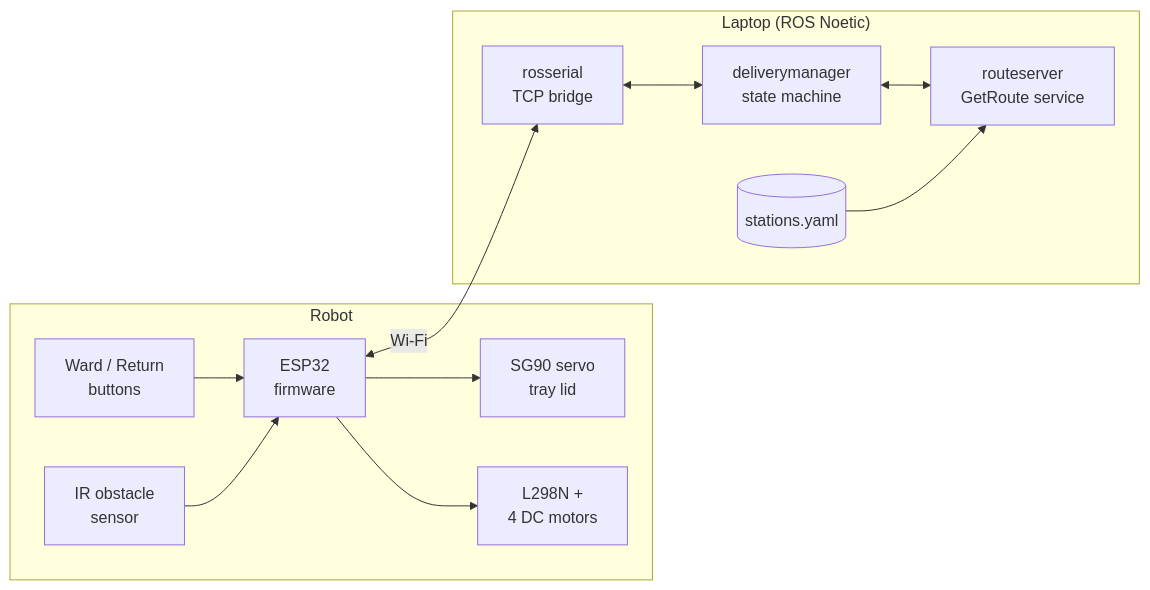
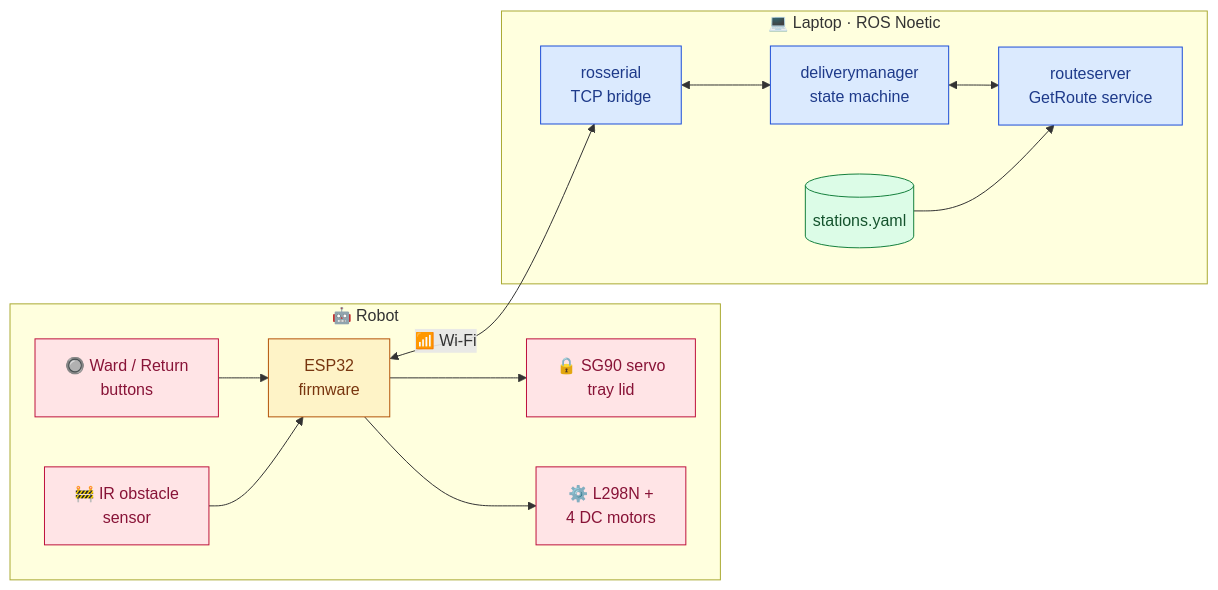
The second of 2 diagrams in README.md (Hafsa-Anwar65/MediGuide), drawn with Mermaid before and after one commit. The commit also changed other lines of this file, not shown here.

````diff
--- a/README.md
+++ b/README.md
@@ -56,18 +75,27 @@
 ```mermaid
 flowchart LR
-    subgraph Robot["Robot"]
-        BTN[Ward / Return<br/>buttons] --> ESP
-        IR[IR obstacle<br/>sensor] --> ESP
+    subgraph Robot["🤖 Robot"]
+        BTN[🔘 Ward / Return<br/>buttons] --> ESP
+        IR[🚧 IR obstacle<br/>sensor] --> ESP
         ESP[ESP32<br/>firmware]
-        ESP --> SERVO[SG90 servo<br/>tray lid]
-        ESP --> MOT[L298N +<br/>4 DC motors]
+        ESP --> SERVO[🔒 SG90 servo<br/>tray lid]
+        ESP --> MOT[⚙️ L298N +<br/>4 DC motors]
     end
 
-    subgraph ROS["Laptop (ROS Noetic)"]
+    subgraph ROS["💻 Laptop · ROS Noetic"]
         BRIDGE[rosserial<br/>TCP bridge] <--> DM[deliverymanager<br/>state machine]
         DM <--> RS[routeserver<br/>GetRoute service]
         YAML[(stations.yaml)] --> RS
     end
 
-    ESP <-- Wi-Fi --> BRIDGE
+    ESP <-- 📶 Wi-Fi --> BRIDGE
+
+    classDef hw fill:#FFE4E6,stroke:#BE123C,color:#881337
+    classDef brain fill:#FEF3C7,stroke:#B45309,color:#78350F
+    classDef ros fill:#DBEAFE,stroke:#1D4ED8,color:#1E3A8A
+    classDef cfg fill:#DCFCE7,stroke:#15803D,color:#14532D
+    class BTN,IR,SERVO,MOT hw
+    class ESP brain
+    class BRIDGE,DM,RS ros
+    class YAML cfg
 ```
````
